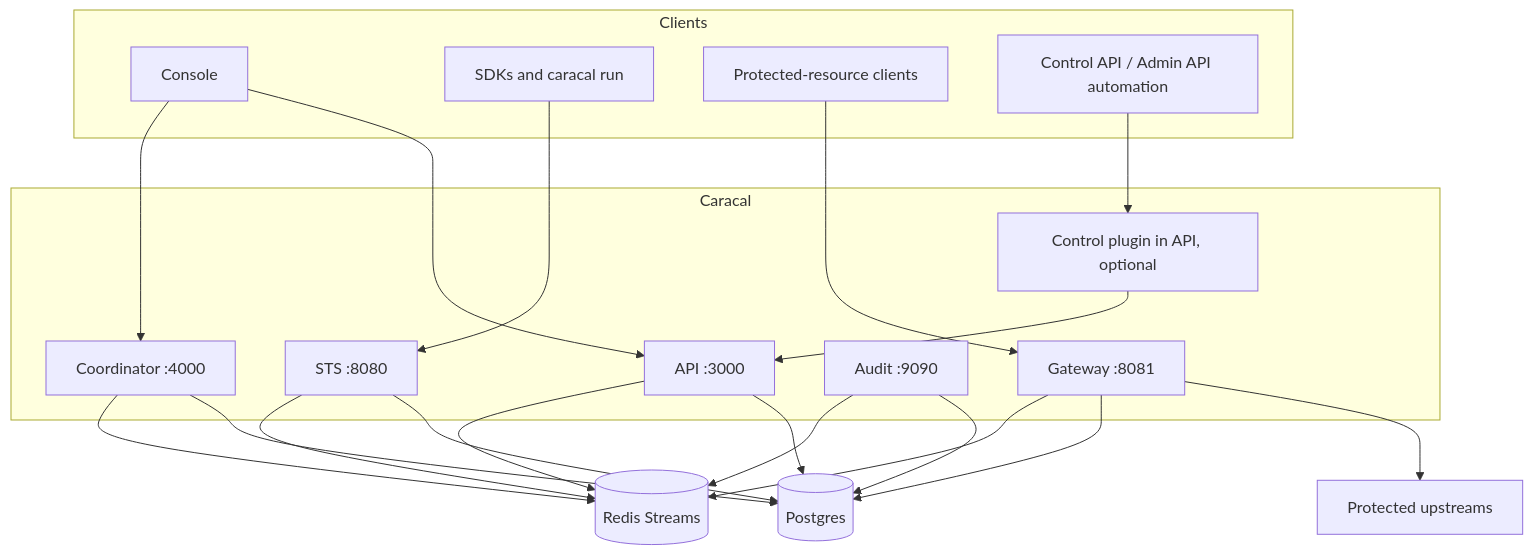
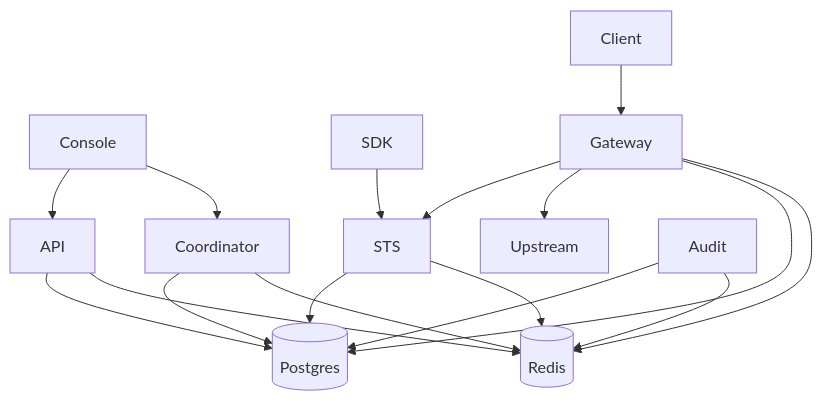
The diagram in docs/src/content/docs/architecture/system-topology.mdx (Garudex-Labs/caracal), drawn with Mermaid before and after one commit. The commit also changed other lines of this file and 6 other files, not shown here.

Commit message:
refactor: enhance documentation for clarity and detail across multiple architecture pages

````diff
--- a/docs/src/content/docs/architecture/system-topology.mdx
+++ b/docs/src/content/docs/architecture/system-topology.mdx
@@ -11,40 +24,11 @@
 ```mermaid
 flowchart TB
-  subgraph Clients
-    Console[Console]
-    SDK[SDKs and caracal run]
-    ResourceClient[Protected-resource clients]
-    Automation[Control API / Admin API automation]
-  end
-
-  subgraph Caracal
-    API[API :3000]
-    STS[STS :8080]
-    Gateway[Gateway :8081]
-    Audit[Audit :9090]
-    Coordinator[Coordinator :4000]
-    Control[Control plugin in API, optional]
-  end
-
-  Postgres[(Postgres)]
-  Redis[(Redis Streams)]
-  Upstream[Protected upstreams]
-
   Console --> API
   Console --> Coordinator
   SDK --> STS
-  ResourceClient --> Gateway
-  Automation --> Control
-  Control --> API
+  Client --> Gateway
+  Gateway --> STS
   Gateway --> Upstream
-  API --> Postgres
-  STS --> Postgres
-  Gateway --> Postgres
-  Audit --> Postgres
-  Coordinator --> Postgres
-  API --> Redis
-  STS --> Redis
-  Gateway --> Redis
-  Audit --> Redis
-  Coordinator --> Redis
+  API & STS & Gateway & Coordinator & Audit --> PG[(Postgres)]
+  API & STS & Gateway & Coordinator & Audit --> Redis[(Redis)]
 ```
````
